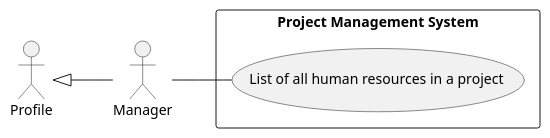
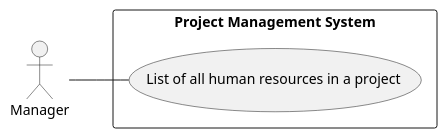
One commit to ivo-menezes/project_g3 changed the diagram in docs/modelling_design/user_stories/us014/US014_ListHumanResourcesOfProjectUCD.puml. Above: the diagram before and after it, drawn with PlantUML. The commit also changed 1 other file, not shown here.

```diff
--- a/docs/modelling_design/user_stories/us014/US014_ListHumanResourcesOfProjectUCD.puml
+++ b/docs/modelling_design/user_stories/us014/US014_ListHumanResourcesOfProjectUCD.puml
@@ -1,13 +1,10 @@
 @startuml
 left to right direction
 
-:Profile: as Profile
-Profile <|-- :Manager:
-
+"Manager"
 rectangle "Project Management System"{
 
-:Manager: as Manager
 Manager -- (List of all human resources in a project )
 
 }
 @enduml
```
